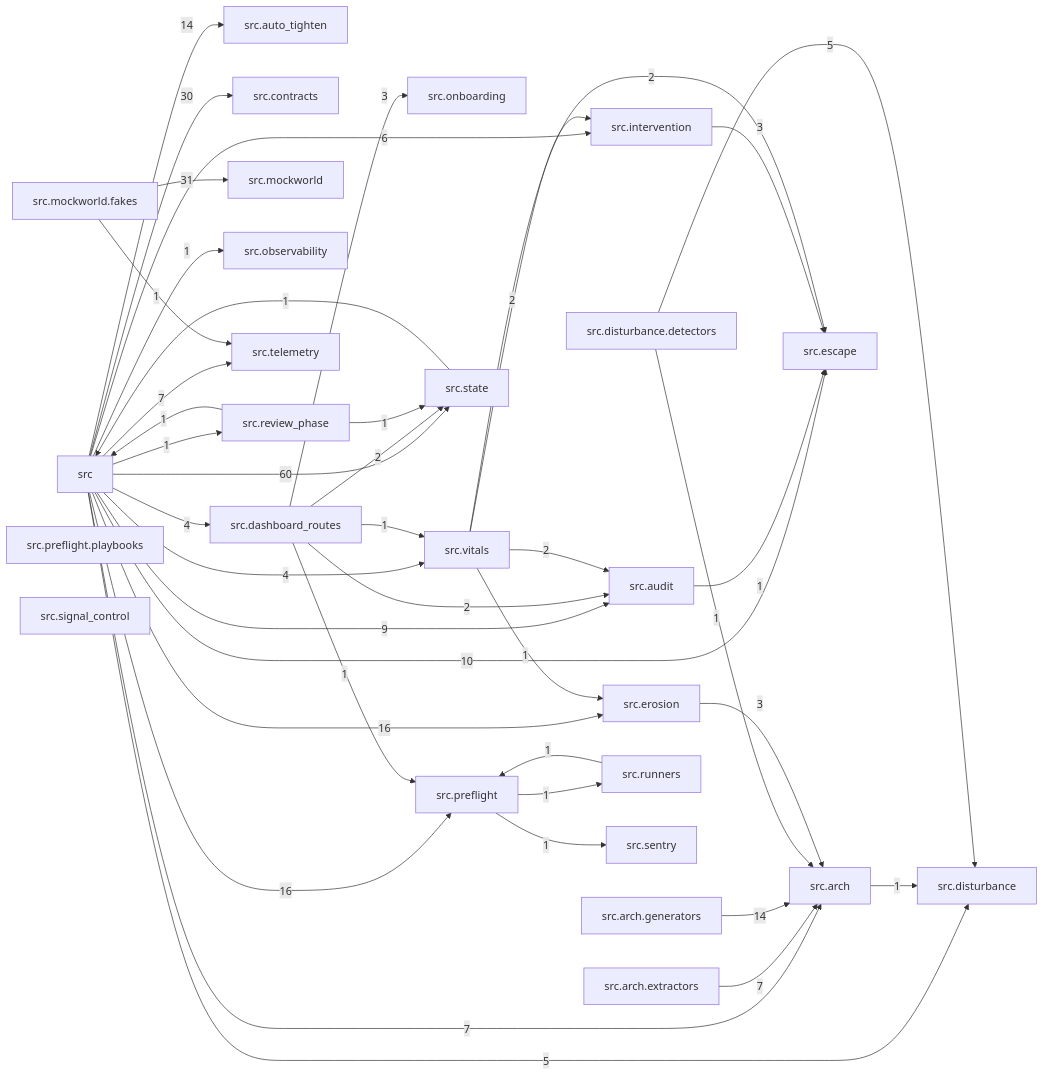
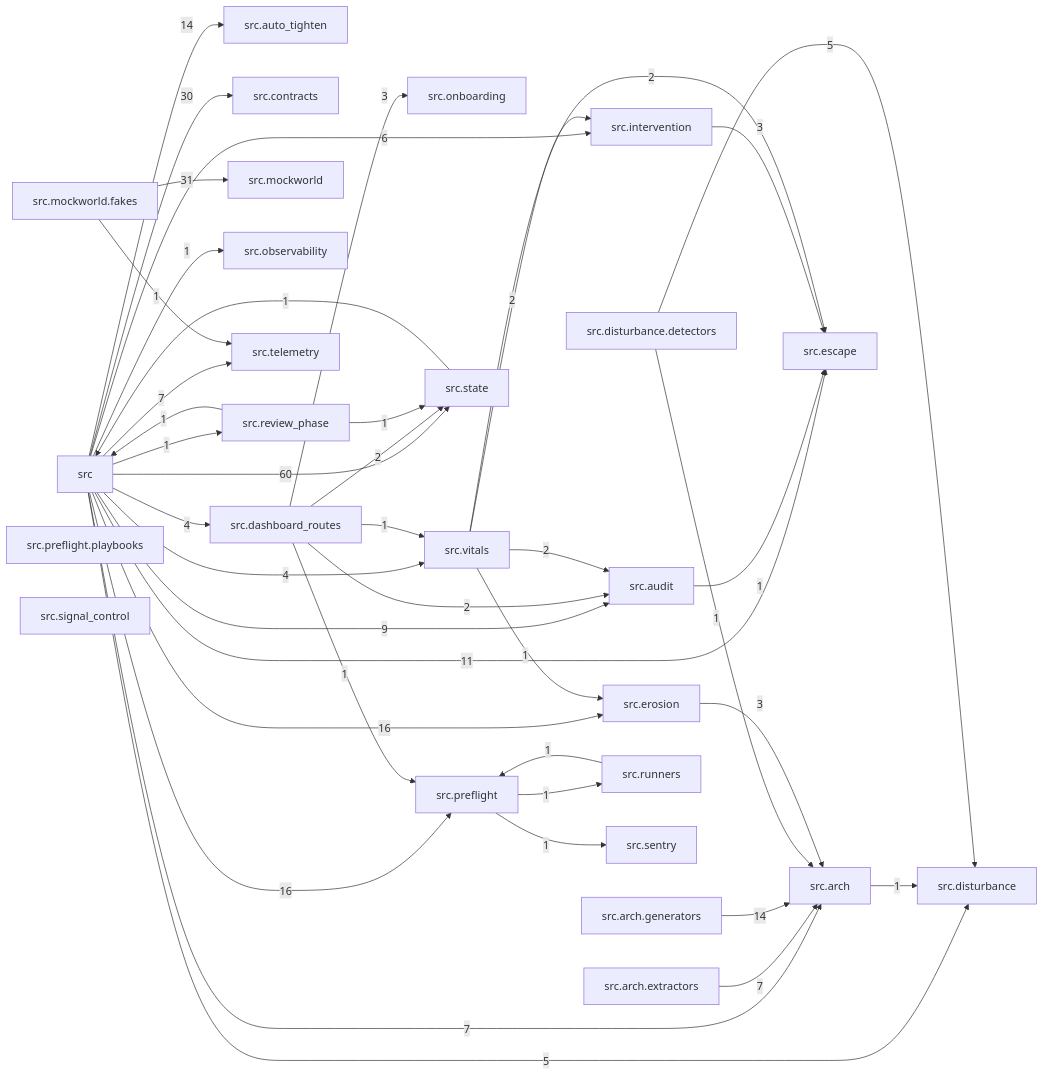
Before and after one commit to T-rav/hydraflow: the diagram in docs/arch/generated/modules.md, drawn with Mermaid. The commit also changed 9 other files, not shown here.

````diff
--- a/docs/arch/generated/modules.md
+++ b/docs/arch/generated/modules.md
@@ -7,69 +7,69 @@
 ```mermaid
 graph LR
     src["src"]
     src_arch["src.arch"]
     src_arch_extractors["src.arch.extractors"]
     src_arch_generators["src.arch.generators"]
     src_audit["src.audit"]
     src_auto_tighten["src.auto_tighten"]
     src_contracts["src.contracts"]
     src_dashboard_routes["src.dashboard_routes"]
     src_disturbance["src.disturbance"]
     src_disturbance_detectors["src.disturbance.detectors"]
     src_erosion["src.erosion"]
     src_escape["src.escape"]
     src_intervention["src.intervention"]
     src_mockworld["src.mockworld"]
     src_mockworld_fakes["src.mockworld.fakes"]
     src_observability["src.observability"]
     src_onboarding["src.onboarding"]
     src_preflight["src.preflight"]
     src_preflight_playbooks["src.preflight.playbooks"]
     src_review_phase["src.review_phase"]
     src_runners["src.runners"]
     src_sentry["src.sentry"]
     src_signal_control["src.signal_control"]
     src_state["src.state"]
     src_telemetry["src.telemetry"]
     src_vitals["src.vitals"]
     src -- "7" --> src_arch
     src -- "9" --> src_audit
     src -- "14" --> src_auto_tighten
     src -- "30" --> src_contracts
     src -- "4" --> src_dashboard_routes
     src -- "5" --> src_disturbance
     src -- "16" --> src_erosion
-    src -- "10" --> src_escape
+    src -- "11" --> src_escape
     src -- "6" --> src_intervention
     src -- "1" --> src_observability
     src -- "16" --> src_preflight
     src -- "1" --> src_review_phase
     src -- "60" --> src_state
     src -- "7" --> src_telemetry
     src -- "4" --> src_vitals
     src_arch -- "1" --> src_disturbance
     src_arch_extractors -- "7" --> src_arch
     src_arch_generators -- "14" --> src_arch
     src_audit -- "1" --> src_escape
     src_dashboard_routes -- "2" --> src_audit
     src_dashboard_routes -- "3" --> src_onboarding
     src_dashboard_routes -- "1" --> src_preflight
     src_dashboard_routes -- "2" --> src_state
     src_dashboard_routes -- "1" --> src_vitals
     src_disturbance_detectors -- "1" --> src_arch
     src_disturbance_detectors -- "5" --> src_disturbance
     src_erosion -- "3" --> src_arch
     src_intervention -- "3" --> src_escape
     src_mockworld_fakes -- "31" --> src_mockworld
     src_mockworld_fakes -- "1" --> src_telemetry
     src_preflight -- "1" --> src_runners
     src_preflight -- "1" --> src_sentry
     src_review_phase -- "1" --> src
     src_review_phase -- "1" --> src_state
     src_runners -- "1" --> src_preflight
     src_state -- "1" --> src
     src_vitals -- "2" --> src_audit
     src_vitals -- "1" --> src_erosion
     src_vitals -- "2" --> src_escape
     src_vitals -- "2" --> src_intervention
 ```
````
